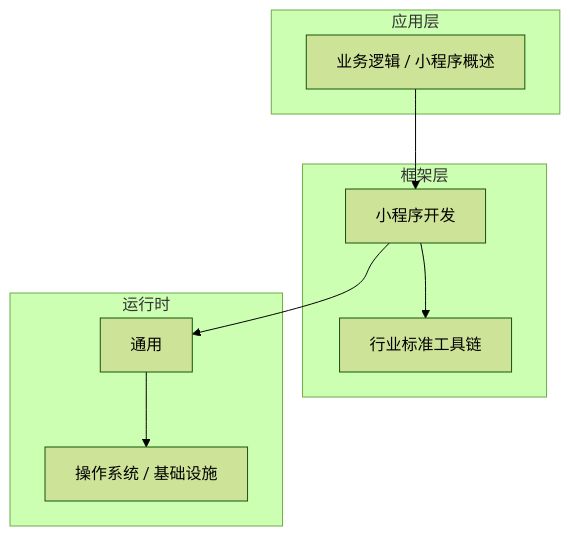
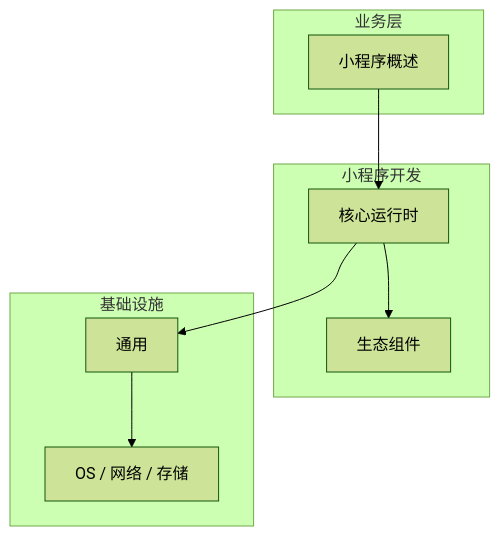
The diagram in articles/小程序开发/chapters/001-小程序概述核心概念与原理.md (yanggan2015/knowledge-json-v2), drawn with Mermaid (forest theme) before and after one commit. The commit also changed other lines of this file and 10127 other files, not shown here.

````diff
--- a/articles/小程序开发/chapters/001-小程序概述核心概念与原理.md
+++ b/articles/小程序开发/chapters/001-小程序概述核心概念与原理.md
@@ -45,18 +34,18 @@
 ```mermaid
 graph TB
-    subgraph 应用层
-        A[业务逻辑 / 小程序概述]
+    subgraph 业务层
+        A[小程序概述]
     end
-    subgraph 框架层
-        B[小程序开发]
-        C[行业标准工具链]
+    subgraph 小程序开发
+        B[核心运行时]
+        C[生态组件]
     end
-    subgraph 运行时
+    subgraph 基础设施
         D[通用]
-        E[操作系统 / 基础设施]
+        E[OS / 网络 / 存储]
     end
     A --> B
     B --> C
     B --> D
     D --> E
 ```
````
